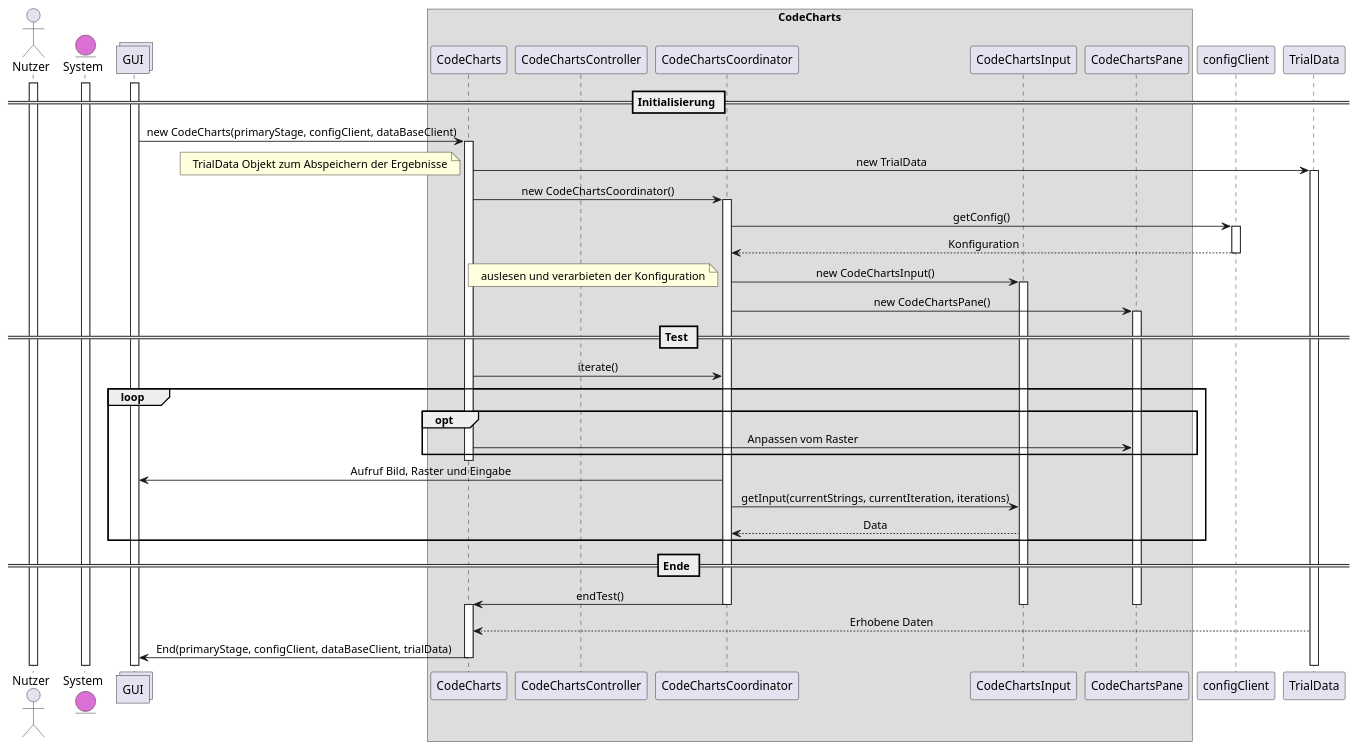
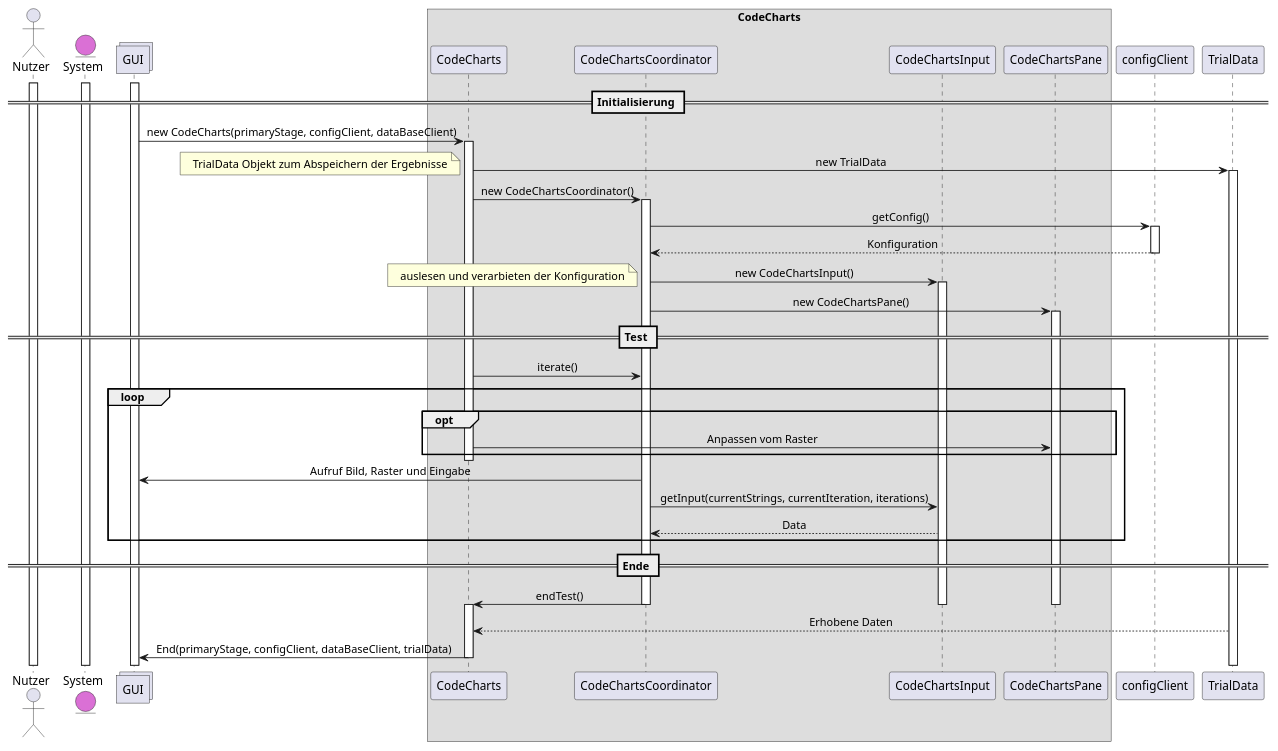
One commit to weichware-10/dokumente changed the diagram in uml-sequence/codecharts/sequenz-codecharts.puml. Above: the diagram before and after it, drawn with PlantUML.

```diff
--- a/uml-sequence/codecharts/sequenz-codecharts.puml
+++ b/uml-sequence/codecharts/sequenz-codecharts.puml
@@ -1,65 +1,64 @@
 @startuml codecharts
 skinparam defaultTextAlignment center
 
 actor       Nutzer          as n
 entity      System          as s    #DA70D5
 collections GUI             as g
 
 box CodeCharts
 
 participant CodeCharts              as cc
-participant CodeChartsController    as ct
 participant CodeChartsCoordinator   as co
 participant CodeChartsInput         as ci
 participant CodeChartsPane          as cp
 end box
 
 participant configClient            as c
 participant TrialData               as td
 
 activate n
 activate s
 activate g
 
 == Initialisierung ==
 g -> cc : new CodeCharts(primaryStage, configClient, dataBaseClient)
 activate cc
 cc -> td : new TrialData
 activate td
 note left: TrialData Objekt zum Abspeichern der Ergebnisse
 cc -> co : new CodeChartsCoordinator()
 activate co
 co -> c : getConfig()
 activate c
 c --> co : Konfiguration
 deactivate c
 co -> ci : new CodeChartsInput()
 activate ci
 note left : auslesen und verarbieten der Konfiguration
 co -> cp : new CodeChartsPane()
 activate cp
 
 == Test ==
 cc -> co : iterate()
 loop
     opt
         cc -> cp : Anpassen vom Raster
     end
     deactivate cc
     activate co
     co -> g : Aufruf Bild, Raster und Eingabe
     co -> ci : getInput(currentStrings, currentIteration, iterations)
     ci --> co : Data
 end
 
 == Ende == 
 co -> cc : endTest()
 deactivate co
 deactivate cp
 deactivate ci
 activate cc
 td --> cc : Erhobene Daten
 cc -> g : End(primaryStage, configClient, dataBaseClient, trialData)
 deactivate cc
 
 @enduml
```
